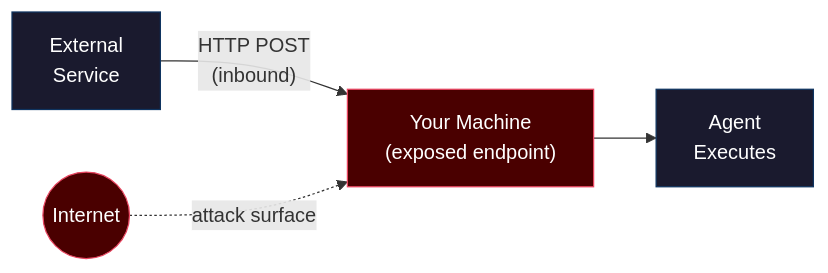
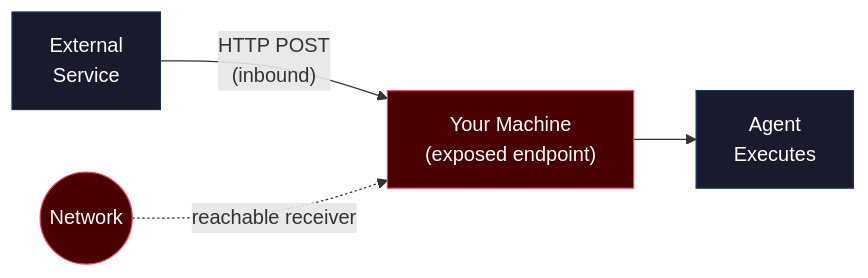
The fourth of 7 diagrams in tutorials/background-agents/LESSON.md (owainlewis/youtube-tutorials), drawn with Mermaid before and after one commit. The commit also changed other lines of this file and 9 other files, not shown here.

````diff
--- a/tutorials/background-agents/LESSON.md
+++ b/tutorials/background-agents/LESSON.md
@@ -135,11 +135,11 @@
 ```mermaid
 flowchart LR
     ext["External\nService"] -->|"HTTP POST\n(inbound)"| machine["Your Machine\n(exposed endpoint)"]
     machine --> agent["Agent\nExecutes"]
-    internet(("Internet")) -.->|"attack surface"| machine
+    internet(("Network")) -.->|"reachable receiver"| machine
 
     style ext fill:#1a1a2e,stroke:#0f3460,color:#fff
     style machine fill:#4a0000,stroke:#e94560,color:#fff
     style agent fill:#1a1a2e,stroke:#0f3460,color:#fff
     style internet fill:#4a0000,stroke:#e94560,color:#fff
 ```
````
